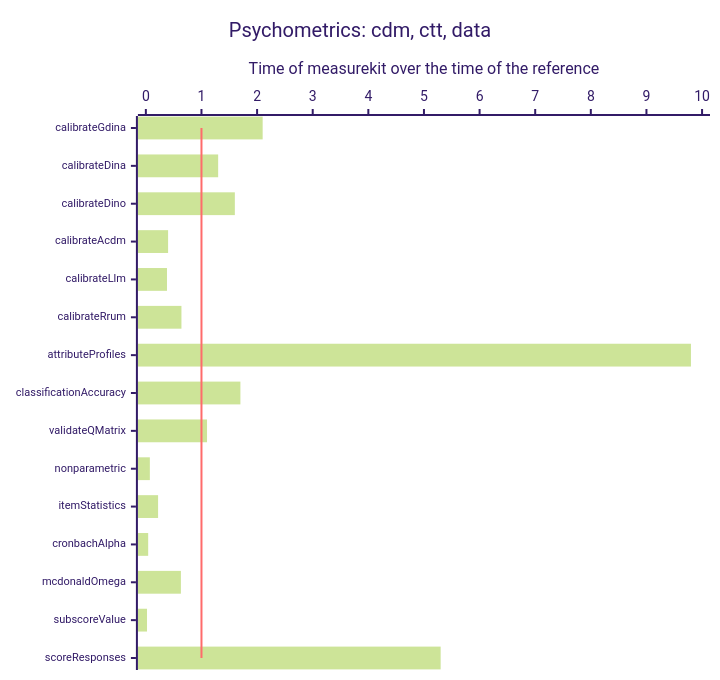
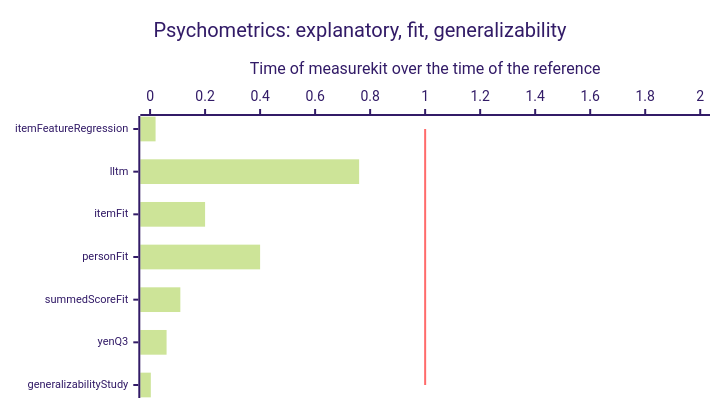
The fifth of 11 diagrams in docs/performance.md (measurekit/measurekit), drawn with Mermaid (forest theme) before and after one commit. The commit also changed other lines of this file and 15 other files, not shown here.

````diff
--- a/docs/performance.md
+++ b/docs/performance.md
@@ -53,9 +53,9 @@
 ```mermaid
-%%{init: {"xyChart": {"height": 660, "xAxis": {"labelFontSize": 11}}}}%%
+%%{init: {"xyChart": {"height": 388, "xAxis": {"labelFontSize": 11}}}}%%
 xychart-beta horizontal
-  title "Psychometrics: cdm, ctt, data"
-  x-axis ["calibrateGdina", "calibrateDina", "calibrateDino", "calibrateAcdm", "calibrateLlm", "calibrateRrum", "attributeProfiles", "classificationAccuracy", "validateQMatrix", "nonparametric", "itemStatistics", "cronbachAlpha", "mcdonaldOmega", "subscoreValue", "scoreResponses"]
-  y-axis "Time of measurekit over the time of the reference" 0 --> 10
-  bar [2.1, 1.3, 1.6, 0.4, 0.38, 0.64, 9.8, 1.7, 1.1, 0.072, 0.22, 0.042, 0.63, 0.021, 5.3]
-  line [1, 1, 1, 1, 1, 1, 1, 1, 1, 1, 1, 1, 1, 1, 1]
+  title "Psychometrics: explanatory, fit, generalizability"
+  x-axis ["itemFeatureRegression", "lltm", "itemFit", "personFit", "summedScoreFit", "yenQ3", "generalizabilityStudy"]
+  y-axis "Time of measurekit over the time of the reference" 0 --> 2
+  bar [0.02, 0.76, 0.2, 0.4, 0.11, 0.06, 0.0027]
+  line [1, 1, 1, 1, 1, 1, 1]
 ```
````
